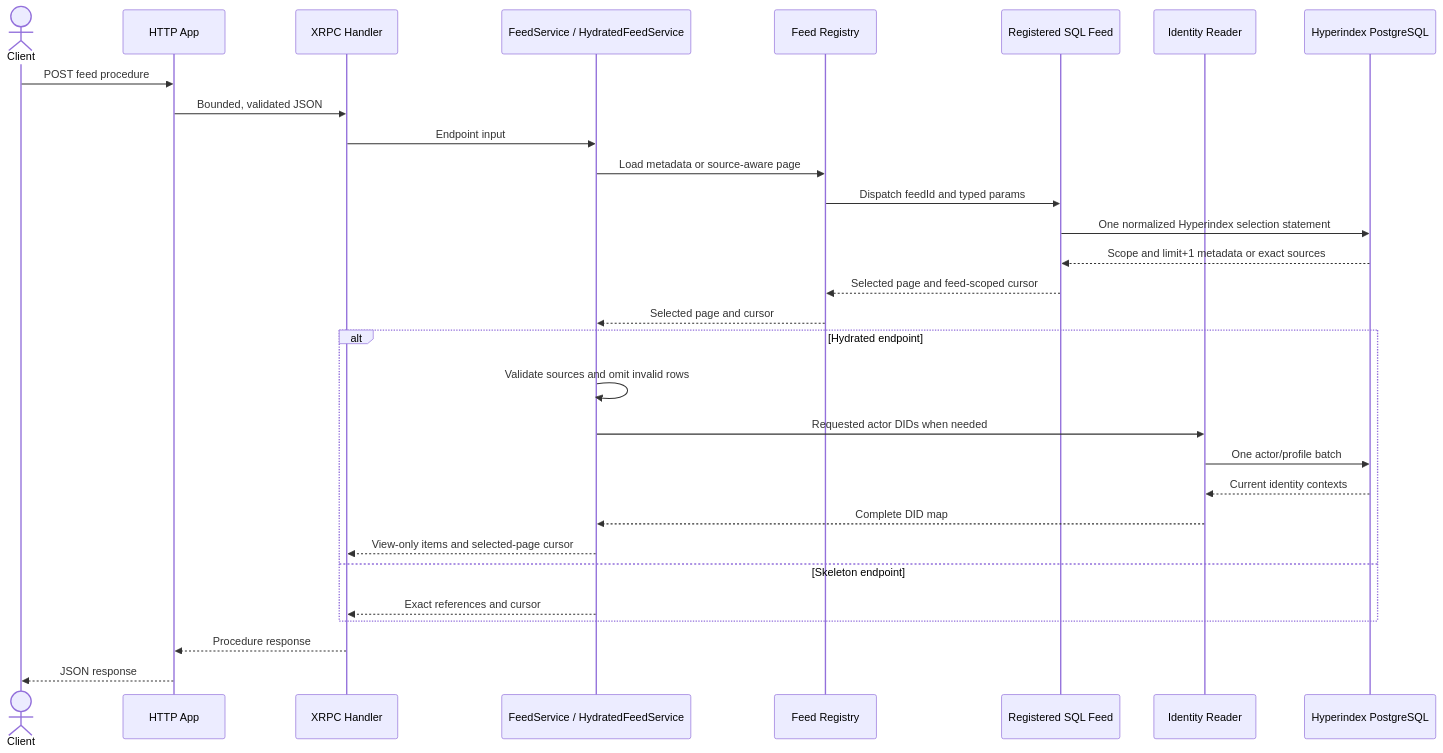
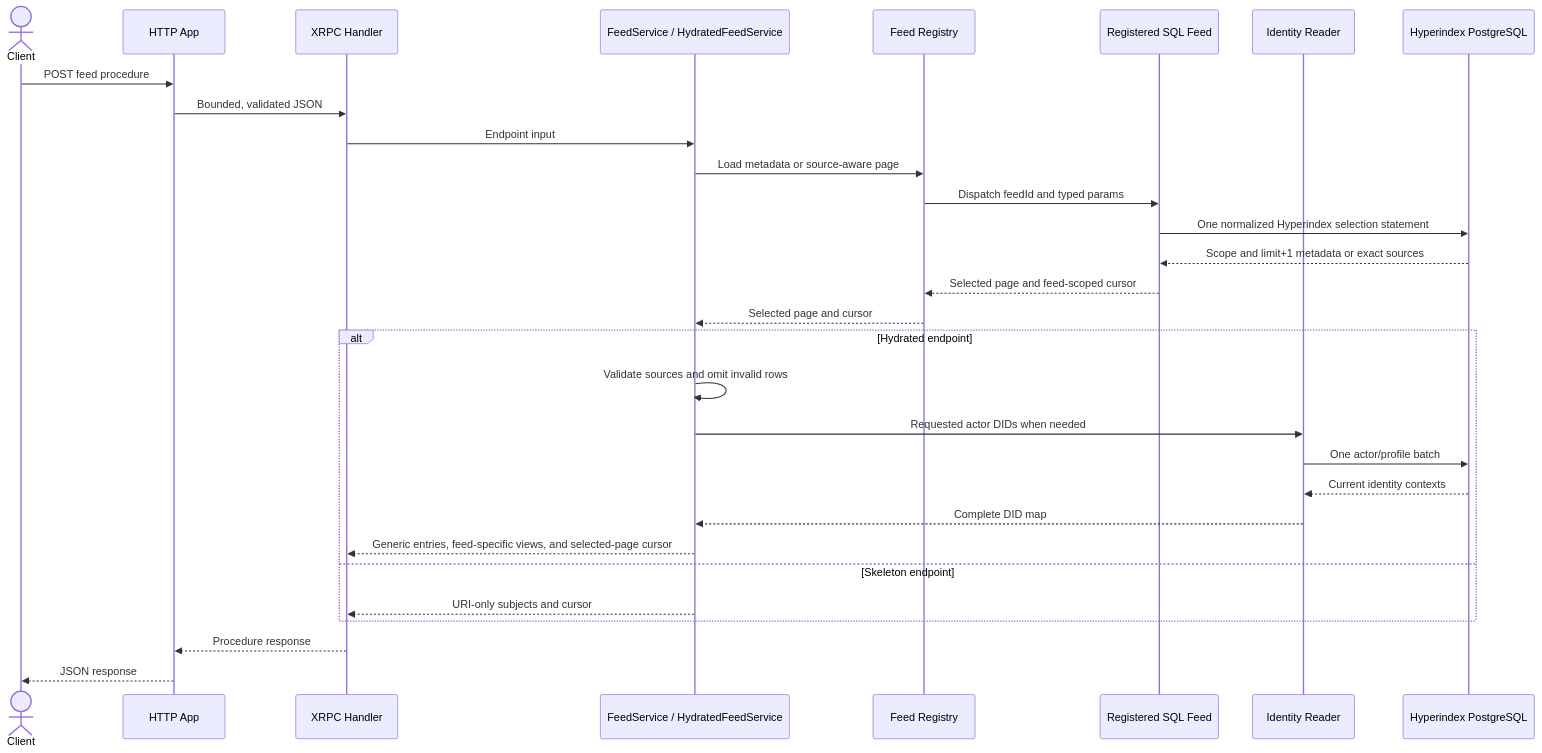
Before and after one commit to hypercerts-org/certified-feed-service: the diagram in README.md, drawn with Mermaid. The commit also changed other lines of this file and 18 other files, not shown here.

Commit message:
feed: make feed responses generic

````diff
--- a/README.md
+++ b/README.md
@@ -119,33 +112,33 @@
 ```mermaid
 sequenceDiagram
     actor Client
     participant HTTP as HTTP App
     participant XRPC as XRPC Handler
     participant Service as FeedService / HydratedFeedService
     participant Registry as Feed Registry
     participant Feed as Registered SQL Feed
     participant Identity as Identity Reader
     participant DB as Hyperindex PostgreSQL
 
     Client->>HTTP: POST feed procedure
     HTTP->>XRPC: Bounded, validated JSON
     XRPC->>Service: Endpoint input
     Service->>Registry: Load metadata or source-aware page
     Registry->>Feed: Dispatch feedId and typed params
     Feed->>DB: One normalized Hyperindex selection statement
     DB-->>Feed: Scope and limit+1 metadata or exact sources
     Feed-->>Registry: Selected page and feed-scoped cursor
     Registry-->>Service: Selected page and cursor
     alt Hydrated endpoint
         Service->>Service: Validate sources and omit invalid rows
         Service->>Identity: Requested actor DIDs when needed
         Identity->>DB: One actor/profile batch
         DB-->>Identity: Current identity contexts
         Identity-->>Service: Complete DID map
-        Service-->>XRPC: View-only items and selected-page cursor
+        Service-->>XRPC: Generic entries, feed-specific views, and selected-page cursor
     else Skeleton endpoint
-        Service-->>XRPC: Exact references and cursor
+        Service-->>XRPC: URI-only subjects and cursor
     end
     XRPC-->>HTTP: Procedure response
     HTTP-->>Client: JSON response
 ```
````
